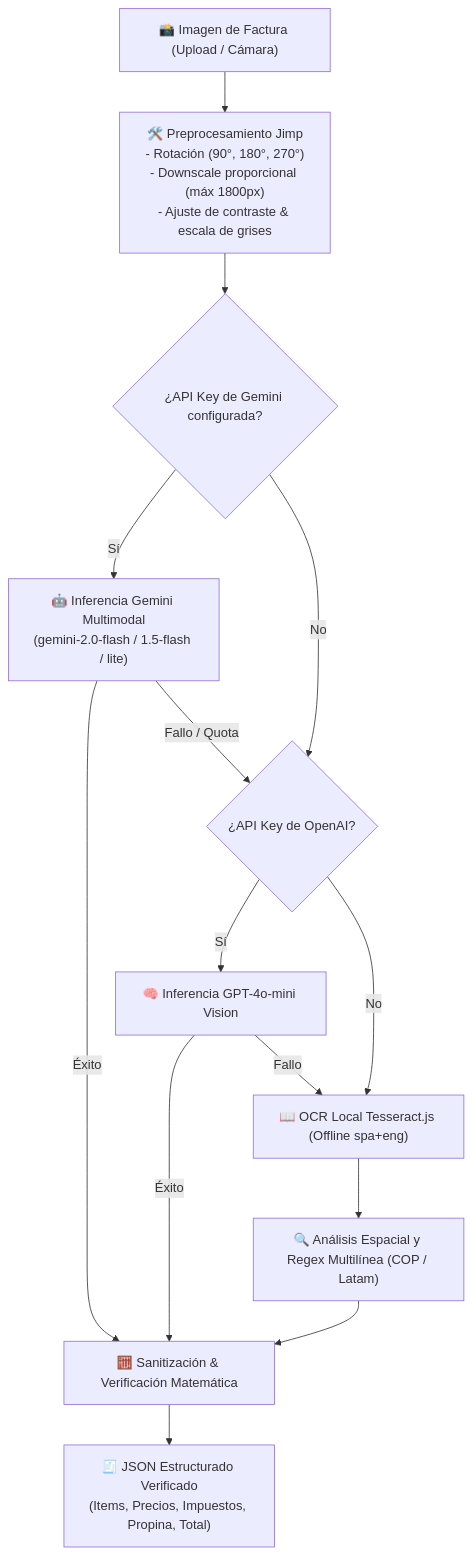
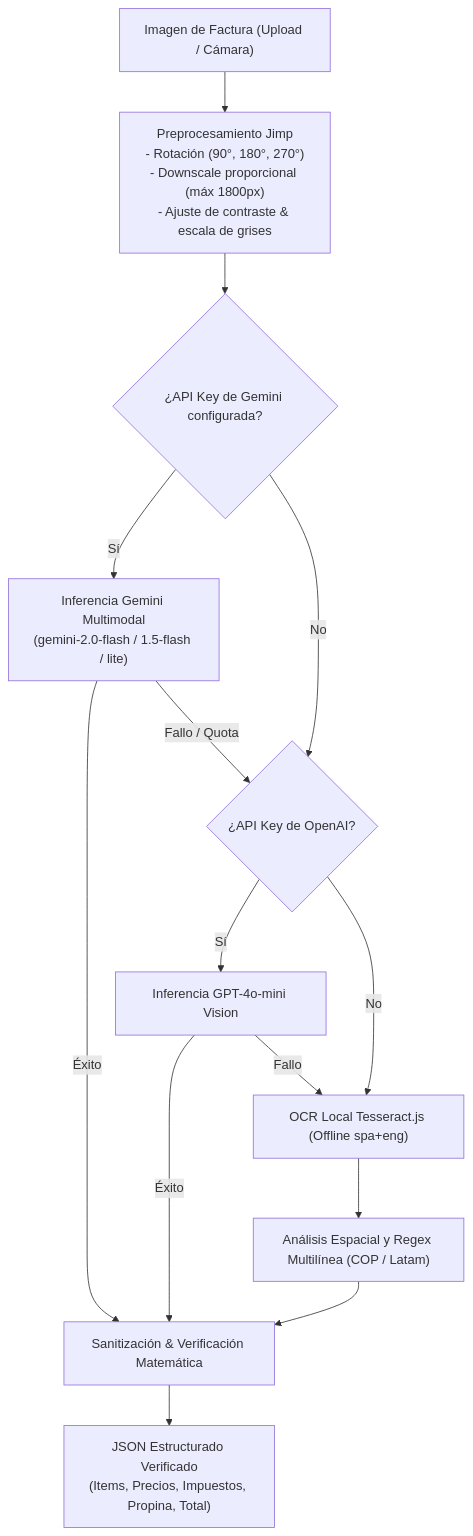
One commit to SebzSGC/Control-Gastos changed the diagram in docs/02_Backend/Pipeline-OCR-Vision.md. Above: the diagram before and after it, drawn with Mermaid. The commit also changed other lines of this file and 16 other files, not shown here.

````diff
--- a/docs/02_Backend/Pipeline-OCR-Vision.md
+++ b/docs/02_Backend/Pipeline-OCR-Vision.md
@@ -18,23 +18,23 @@
 ```mermaid
 flowchart TD
-    Start["📸 Imagen de Factura (Upload / Cámara)"] --> Pre["🛠️ Preprocesamiento Jimp\n- Rotación (90°, 180°, 270°)\n- Downscale proporcional (máx 1800px)\n- Ajuste de contraste & escala de grises"]
+    Start["Imagen de Factura (Upload / Cámara)"] --> Pre["Preprocesamiento Jimp\n- Rotación (90°, 180°, 270°)\n- Downscale proporcional (máx 1800px)\n- Ajuste de contraste & escala de grises"]
     
     Pre --> CheckKey{"¿API Key de Gemini configurada?"}
     
-    CheckKey -- Sí --> GeminiCall["🤖 Inferencia Gemini Multimodal\n(gemini-2.0-flash / 1.5-flash / lite)"]
+    CheckKey -- Sí --> GeminiCall["Inferencia Gemini Multimodal\n(gemini-2.0-flash / 1.5-flash / lite)"]
     CheckKey -- No --> CheckOpenAI{"¿API Key de OpenAI?"}
     
-    GeminiCall -- Éxito --> Sanitize["🧮 Sanitización & Verificación Matemática"]
+    GeminiCall -- Éxito --> Sanitize["Sanitización & Verificación Matemática"]
     GeminiCall -- Fallo / Quota --> CheckOpenAI
     
-    CheckOpenAI -- Sí --> OpenAICall["🧠 Inferencia GPT-4o-mini Vision"]
-    CheckOpenAI -- No --> TesseractCall["📖 OCR Local Tesseract.js (Offline spa+eng)"]
+    CheckOpenAI -- Sí --> OpenAICall["Inferencia GPT-4o-mini Vision"]
+    CheckOpenAI -- No --> TesseractCall["OCR Local Tesseract.js (Offline spa+eng)"]
     
     OpenAICall -- Éxito --> Sanitize
     OpenAICall -- Fallo --> TesseractCall
     
-    TesseractCall --> RegexParse["🔍 Análisis Espacial y Regex Multilínea (COP / Latam)"]
+    TesseractCall --> RegexParse["Análisis Espacial y Regex Multilínea (COP / Latam)"]
     RegexParse --> Sanitize
     
-    Sanitize --> Output["🧾 JSON Estructurado Verificado\n(Items, Precios, Impuestos, Propina, Total)"]
+    Sanitize --> Output["JSON Estructurado Verificado\n(Items, Precios, Impuestos, Propina, Total)"]
 ```
````
